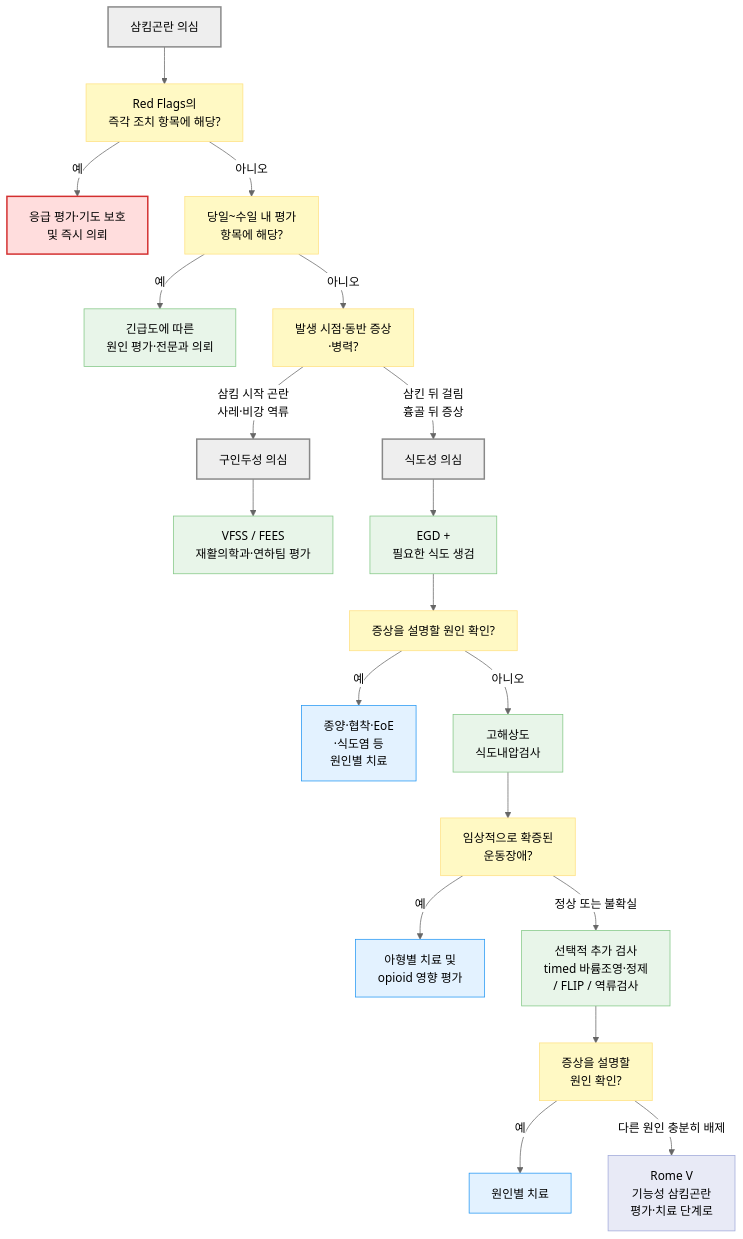
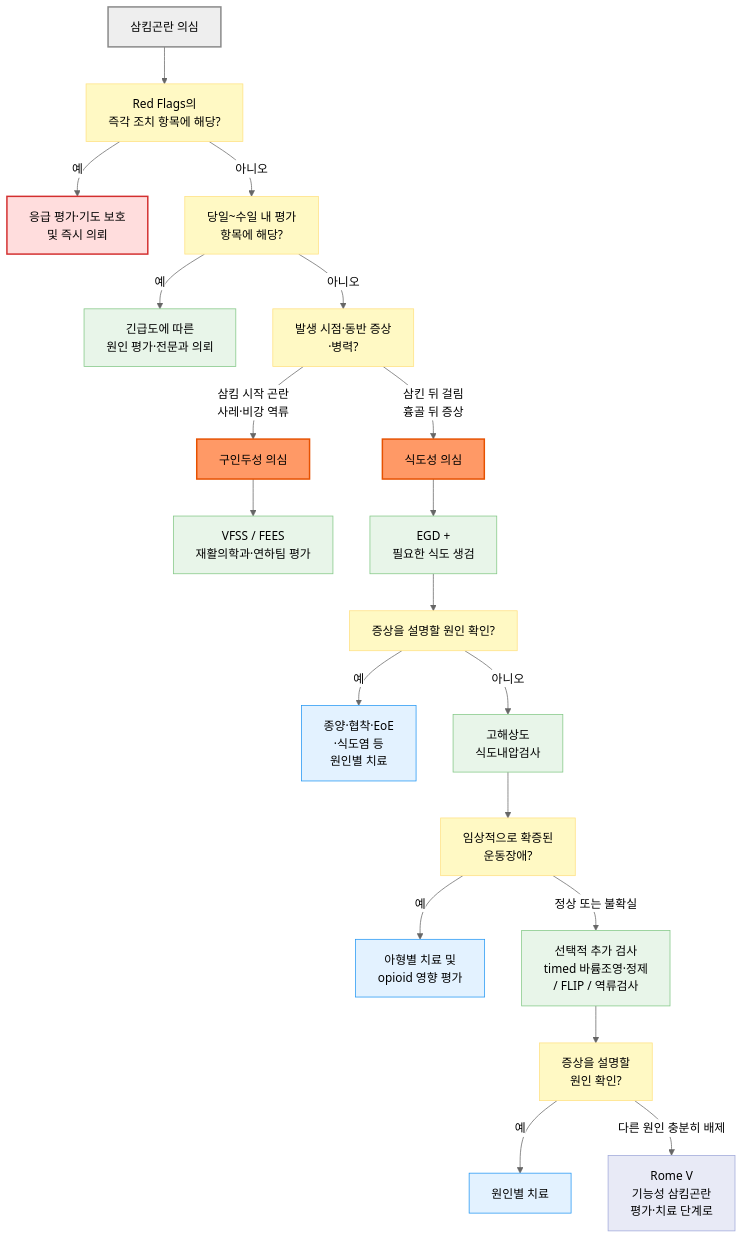
The diagram in 224_/077_-dysphagia.md (familyoh77/familyoh77), drawn with Mermaid (neutral theme) before and after one commit. The commit also changed other lines of this file, not shown here.

````diff
--- a/224_/077_-dysphagia.md
+++ b/224_/077_-dysphagia.md
@@ -220,32 +220,34 @@
 ```mermaid
 flowchart TD
     A["삼킴곤란 의심"] --> B["Red Flags의<br/>즉각 조치 항목에 해당?"]
     B -- "예" --> C["응급 평가·기도 보호<br/>및 즉시 의뢰"]
     B -- "아니오" --> R["당일~수일 내 평가<br/>항목에 해당?"]
     R -- "예" --> S["긴급도에 따른<br/>원인 평가·전문과 의뢰"]
     R -- "아니오" --> D["발생 시점·동반 증상<br/>·병력?"]
     D -- "삼킴 시작 곤란<br/>사레·비강 역류" --> E["구인두성 의심"]
     D -- "삼킨 뒤 걸림<br/>흉골 뒤 증상" --> F["식도성 의심"]
     E --> H["VFSS / FEES<br/>재활의학과·연하팀 평가"]
     F --> J["EGD + <br/>필요한 식도 생검"]
     J --> JQ["증상을 설명할 원인 확인?"]
     JQ -- "예" --> K["종양·협착·EoE<br/>·식도염 등<br/>원인별 치료"]
     JQ -- "아니오" --> L["고해상도 <br/>식도내압검사"]
     L --> LQ["임상적으로 확증된<br/>운동장애?"]
     LQ -- "예" --> M["아형별 치료 및 <br/>opioid 영향 평가"]
     LQ -- "정상 또는 불확실" --> N["선택적 추가 검사<br/>timed 바륨조영·정제 <br/>/ FLIP / 역류검사"]
     N --> NQ["증상을 설명할 <br/>원인 확인?"]
     NQ -- "예" --> P["원인별 치료"]
     NQ -- "다른 원인 충분히 배제" --> Q["Rome V <br/>기능성 삼킴곤란<br/>평가·치료 단계로"]
     classDef neutral fill:#eeeeee,stroke:#888888,stroke-width:2px
     classDef question fill:#fff9c4,stroke:#ffe082
     classDef test fill:#e8f5e9,stroke:#81c784
     classDef treatment fill:#e3f2ff,stroke:#2196f3
     classDef next fill:#e8eaf6,stroke:#9fa8da
-    class A,E,F neutral
+    classDef key fill:#f96,stroke:#e65100,stroke-width:2px
+    class A neutral
+    class E,F key
     class B,R,D,JQ,LQ,NQ question
     class S,H,J,L,N test
     class K,M,P treatment
     class Q next
     style C fill:#ffdddd,stroke:#d32f2f,stroke-width:2px
 ```
````
